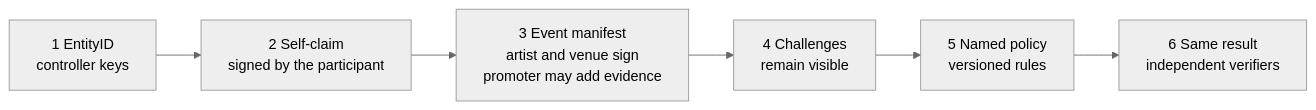
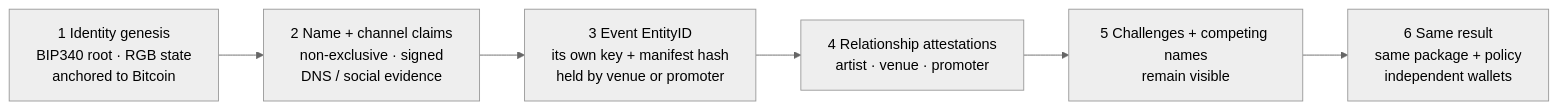
The second of 3 diagrams in docs/diagrams/02-end-to-end-protocol-flow.md (EdwinKestler/o2a-protocol), drawn with Mermaid (neutral theme) before and after one commit. The commit also changed other lines of this file and 46 other files, not shown here.

Commit message:
Align O2A with Bitcoin-rooted self-custodial identity

````diff
--- a/docs/diagrams/02-end-to-end-protocol-flow.md
+++ b/docs/diagrams/02-end-to-end-protocol-flow.md
@@ -23,8 +24,8 @@
 ```mermaid
 flowchart LR
-    E["1 EntityID<br/>controller keys"] --> C["2 Self-claim<br/>signed by the participant"]
-    C --> A["3 Event manifest<br/>artist and venue sign<br/>promoter may add evidence"]
-    A --> X["4 Challenges<br/>remain visible"]
-    X --> P["5 Named policy<br/>versioned rules"]
-    P --> R["6 Same result<br/>independent verifiers"]
+    E["1 Identity genesis<br/>BIP340 root · RGB state<br/>anchored to Bitcoin"] --> C["2 Name + channel claims<br/>non-exclusive · signed<br/>DNS / social evidence"]
+    C --> V["3 Event EntityID<br/>its own key + manifest hash<br/>held by venue or promoter"]
+    V --> A["4 Relationship attestations<br/>artist · venue · promoter"]
+    A --> X["5 Challenges + competing names<br/>remain visible"]
+    X --> P["6 Same result<br/>same package + policy<br/>independent wallets"]
 ```
````
